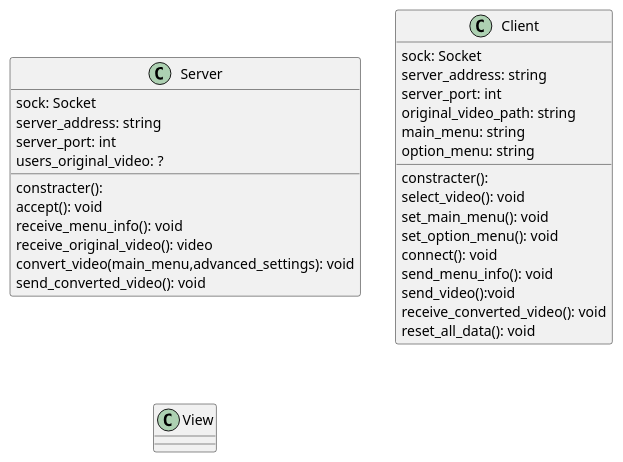
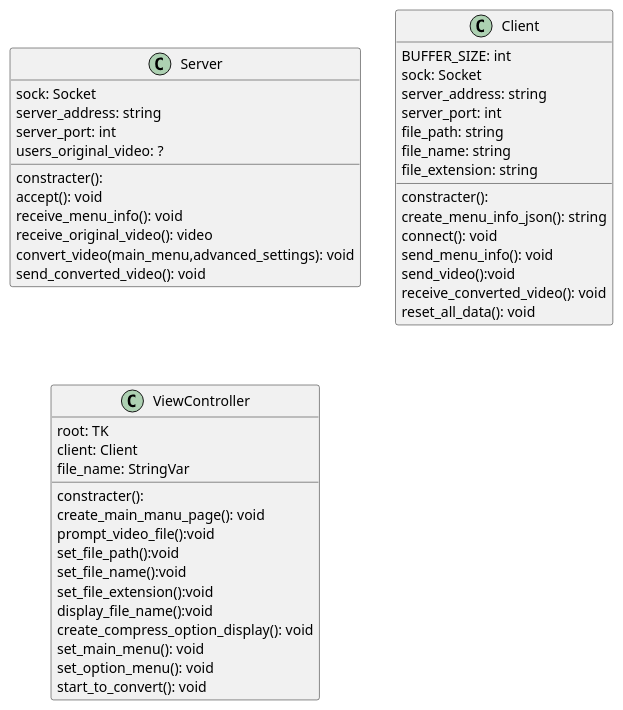
One commit to AkinoJoey/video-compressor-service changed the diagram in uml_class.wsd. Above: the diagram before and after it, drawn with PlantUML.

Commit message:
client,viewクラスの変更

```diff
--- a/uml_class.wsd
+++ b/uml_class.wsd
@@ -1,40 +1,51 @@
 @startuml all
 
 class Server{
     sock: Socket
     server_address: string
     server_port: int
     users_original_video: ?
     constracter():
     accept(): void
     receive_menu_info(): void
     receive_original_video(): video
     convert_video(main_menu,advanced_settings): void
     send_converted_video(): void
 }
 
 class Client{
+    BUFFER_SIZE: int
     sock: Socket
     server_address: string
     server_port: int
-    original_video_path: string
-    main_menu: string
-    option_menu: string
+    file_path: string
+    file_name: string
+    file_extension: string
     constracter(): 
-    select_video(): void
-    set_main_menu(): void
-    set_option_menu(): void
+    create_menu_info_json(): string
     connect(): void
     send_menu_info(): void
     send_video():void
     receive_converted_video(): void 
     reset_all_data(): void 
 }
 
-class View{
-
+class ViewController{
+    root: TK
+    client: Client
+    file_name: StringVar
+    constracter():
+    create_main_manu_page(): void
+    prompt_video_file():void
+    set_file_path():void
+    set_file_name():void
+    set_file_extension():void
+    display_file_name():void
+    create_compress_option_display(): void
+    set_main_menu(): void
+    set_option_menu(): void
+    start_to_convert(): void
 }
 
 
-
 @enduml
```
